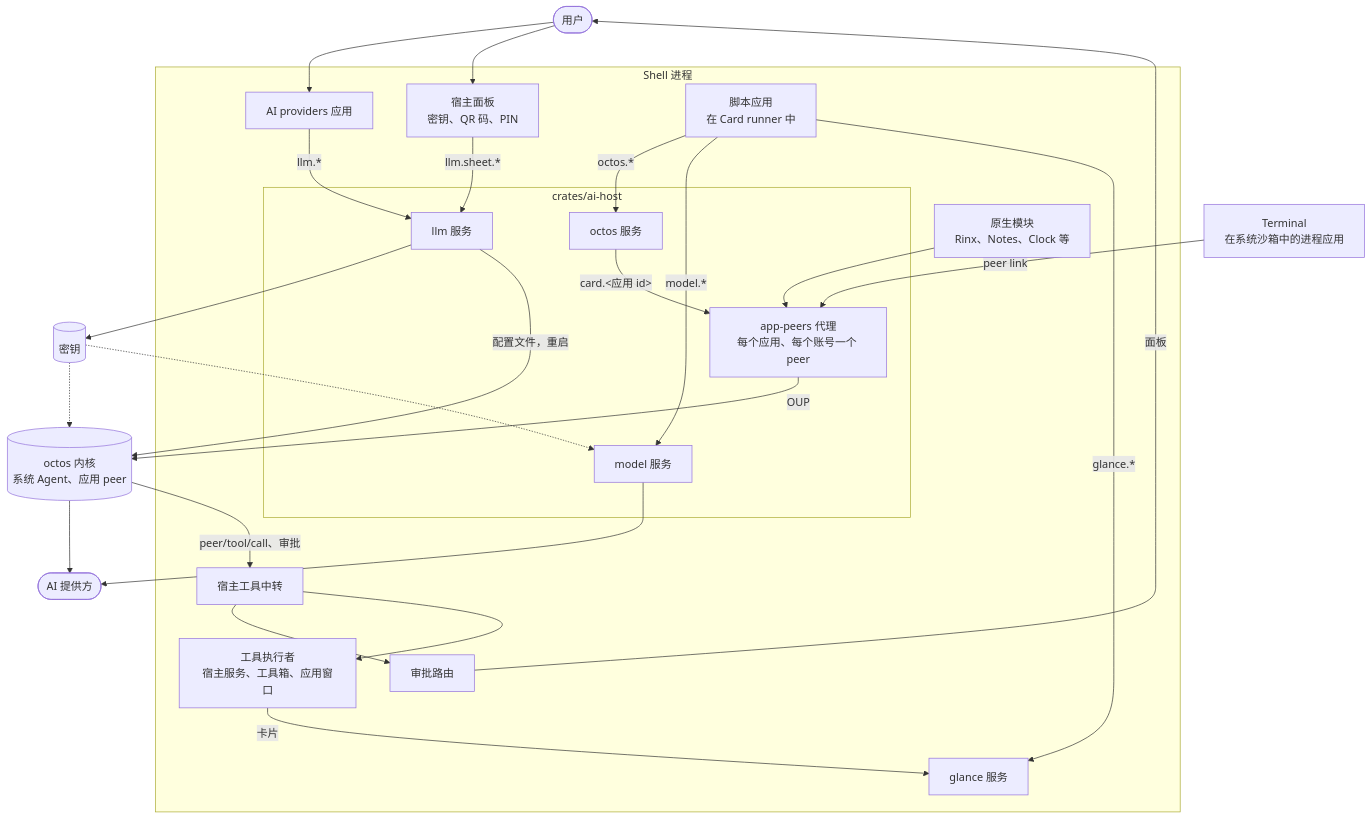
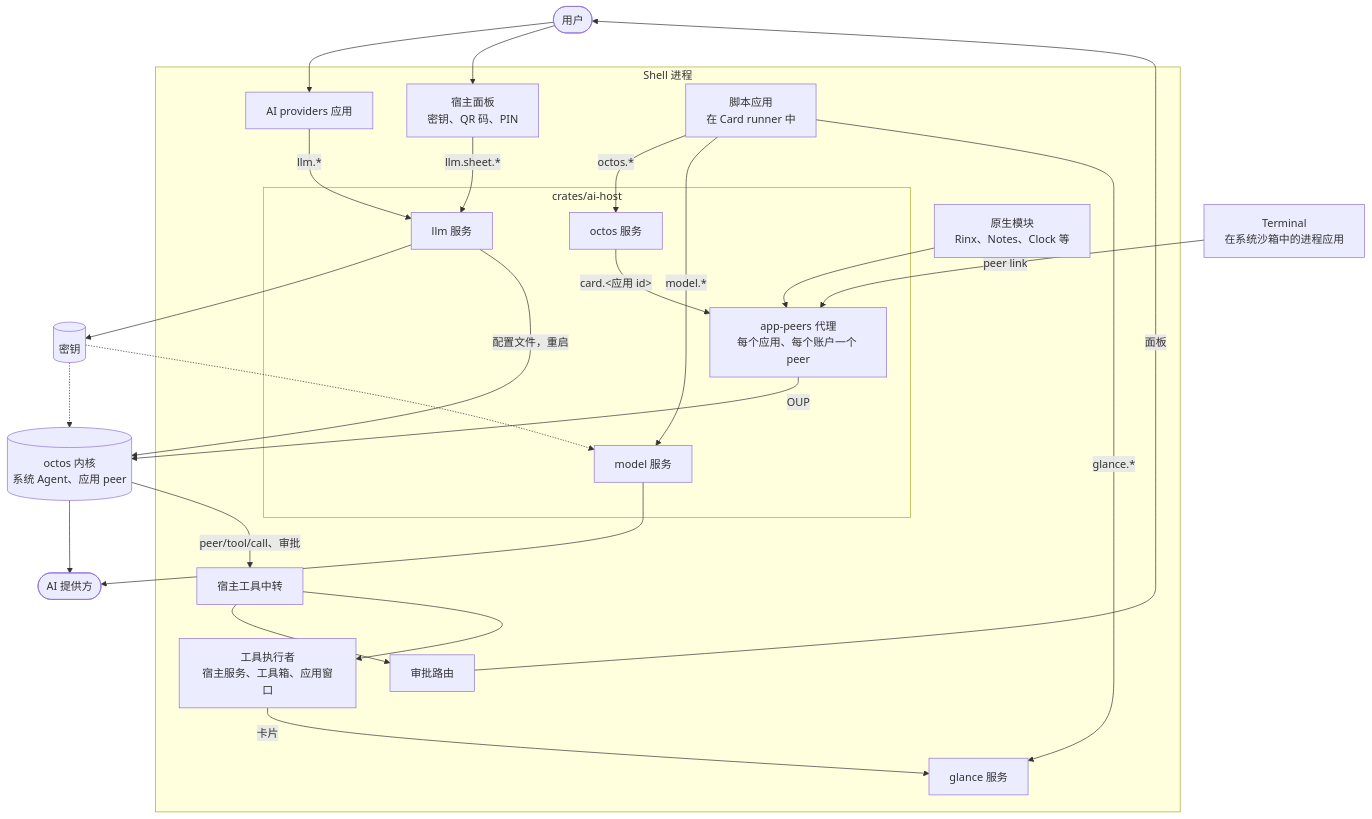
Before and after one commit to OctoSense-org/OctoSense: the diagram in docs/ai-services.zh-CN.md, drawn with Mermaid. The commit also changed other lines of this file and 7 other files, not shown here.

````diff
--- a/docs/ai-services.zh-CN.md
+++ b/docs/ai-services.zh-CN.md
@@ -9,46 +9,46 @@
 ```mermaid
 flowchart TB
   person(["用户"])
   provider(["AI 提供方"])
   subgraph shell["Shell 进程"]
     providers["AI providers 应用"]
     sheets["宿主面板<br/>密钥、QR 码、PIN"]
     scripts["脚本应用<br/>在 Card runner 中"]
     natives["原生模块<br/>Rinx、Notes、Clock 等"]
     subgraph aihost["crates/ai-host"]
       llm["llm 服务"]
       model["model 服务"]
       octos["octos 服务"]
-      broker["app-peers 代理<br/>每个应用、每个账号一个 peer"]
+      broker["app-peers 代理<br/>每个应用、每个账户一个 peer"]
     end
     relay["宿主工具中转"]
     router["审批路由"]
     exec["工具执行者<br/>宿主服务、工具箱、应用窗口"]
     glance["glance 服务"]
   end
   term["Terminal<br/>在系统沙箱中的进程应用"]
   vault[("密钥")]
   kernel[("octos 内核<br/>系统 Agent、应用 peer")]
   person --> providers
   person --> sheets
   providers -- "llm.*" --> llm
   sheets -- "llm.sheet.*" --> llm
   llm --> vault
   llm -- "配置文件，重启" --> kernel
   scripts -- "octos.*" --> octos
   scripts -- "model.*" --> model
   scripts -- "glance.*" --> glance
   octos -- "card.&lt;应用 id&gt;" --> broker
   natives --> broker
   term -- "peer link" --> broker
   broker -- "OUP" --> kernel
   vault -.-> kernel
   vault -.-> model
   kernel --> provider
   model --> provider
   kernel -- "peer/tool/call、审批" --> relay
   relay --> router
   relay --> exec
   exec -- "卡片" --> glance
   router -- "面板" --> person
 ```
````
